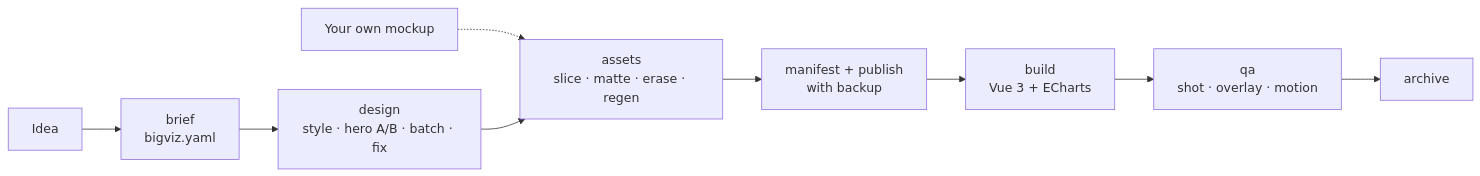
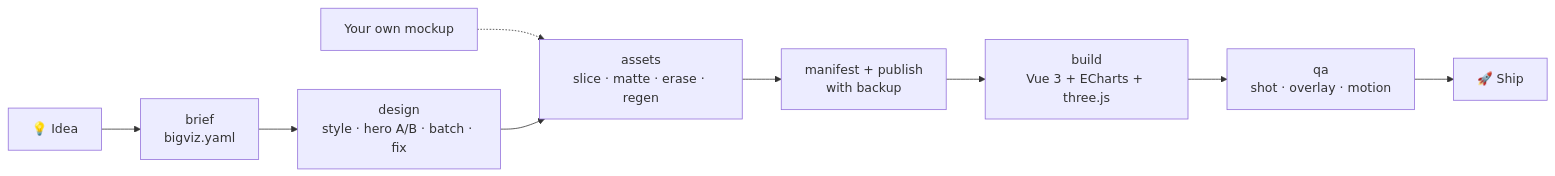
The diagram in README.md (Amtb8788/BigViz), drawn with Mermaid before and after one commit. The commit also changed other lines of this file and 7 other files, not shown here.

````diff
--- a/README.md
+++ b/README.md
@@ -96,11 +127,11 @@
 ```mermaid
 flowchart LR
-  A[Idea] --> B[brief<br/>bigviz.yaml]
+  A[💡 Idea] --> B[brief<br/>bigviz.yaml]
   B --> C[design<br/>style · hero A/B · batch · fix]
   M[Your own mockup] -.-> D
   C --> D[assets<br/>slice · matte · erase · regen]
   D --> E[manifest + publish<br/>with backup]
-  E --> F[build<br/>Vue 3 + ECharts]
+  E --> F[build<br/>Vue 3 + ECharts + three.js]
   F --> G[qa<br/>shot · overlay · motion]
-  G --> H[archive]
+  G --> H[🚀 Ship]
 ```
````
